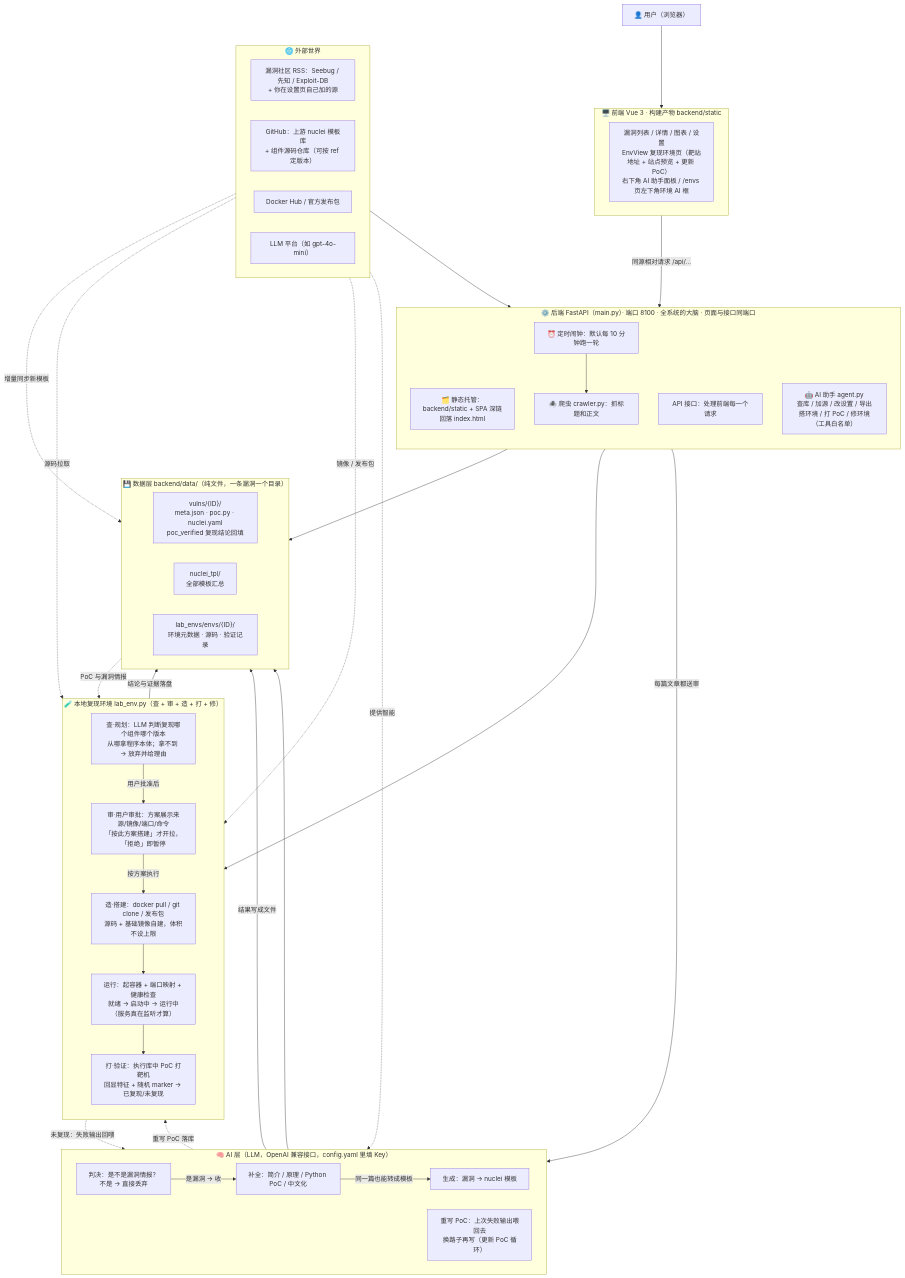
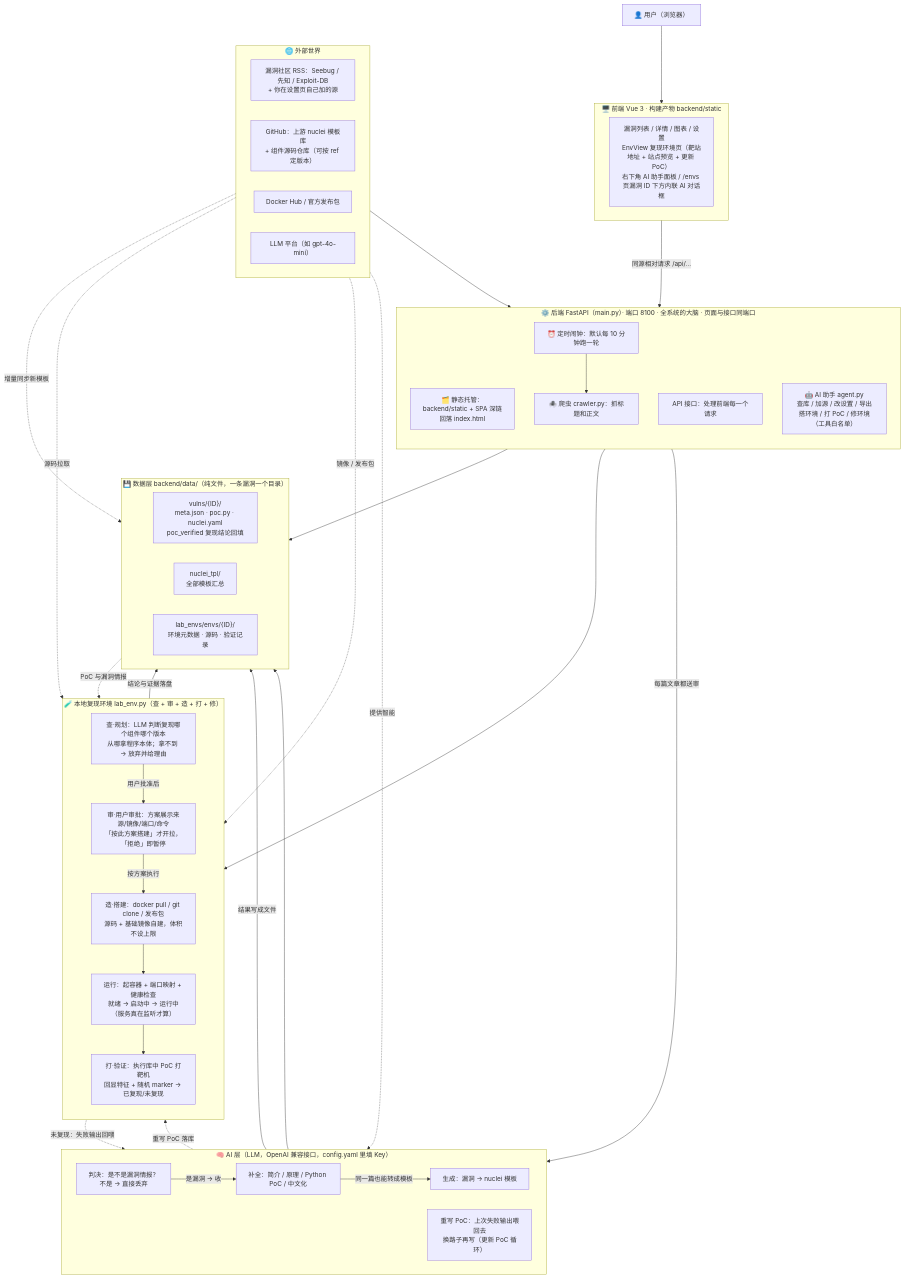
One commit to wr0x00/ai_bobao changed the diagram in README.md. Above: the diagram before and after it, drawn with Mermaid. The commit also changed other lines of this file and 10 other files, not shown here.

````diff
--- a/README.md
+++ b/README.md
@@ -176,75 +176,75 @@
 ```mermaid
 flowchart TB
     U["👤 用户（浏览器）"] --> FE
 
     subgraph FE["🖥️ 前端 Vue 3 · 构建产物 backend/static"]
-      UI["漏洞列表 / 详情 / 图表 / 设置<br>EnvView 复现环境页（靶站地址 + 站点预览 + 更新 PoC）<br>右下角 AI 助手面板 / /envs 页左下角环境 AI 框"]
+      UI["漏洞列表 / 详情 / 图表 / 设置<br>EnvView 复现环境页（靶站地址 + 站点预览 + 更新 PoC）<br>右下角 AI 助手面板 / /envs 页漏洞 ID 下方内联 AI 对话框"]
     end
 
     FE -- "同源相对请求 /api/..." --> BE
 
     subgraph BE["⚙️ 后端 FastAPI（main.py）· 端口 8100 · 全系统的大脑 · 页面与接口同端口"]
       direction TB
       SPA["🗂️ 静态托管：backend/static + SPA 深链回落 index.html"]
       API["API 接口：处理前端每一个请求"]
       AGENT["🤖 AI 助手 agent.py<br>查库 / 加源 / 改设置 / 导出<br>搭环境 / 打 PoC / 修环境（工具白名单）"]
       SCH["⏰ 定时闹钟：默认每 10 分钟跑一轮"]
       CRW["🕷️ 爬虫 crawler.py：抓标题和正文"]
     end
 
     BE --> DTA
     BE --> LAB
     SCH --> CRW
 
     subgraph AI["🧠 AI 层（LLM，OpenAI 兼容接口，config.yaml 里填 Key）"]
       direction LR
       CJ["判决：是不是漏洞情报？<br>不是 → 直接丢弃"]
       GEN["补全：简介 / 原理 / Python PoC / 中文化"]
       NT["生成：漏洞 → nuclei 模板"]
       REG["重写 PoC：上次失败输出喂回去<br>换路子再写（更新 PoC 循环）"]
     end
 
     subgraph EXT["🌐 外部世界"]
       direction LR
       SRC["漏洞社区 RSS：Seebug / 先知 / Exploit-DB<br>+ 你在设置页自己加的源"]
       GIT["GitHub：上游 nuclei 模板库<br>+ 组件源码仓库（可按 ref 定版本）"]
       REGI["Docker Hub / 官方发布包"]
       LLM["LLM 平台（如 gpt-4o-mini）"]
     end
 
     SRC --> CRW
     CRW -->|"每篇文章都送审"| CJ
     CJ -->|"是漏洞 → 收"| GEN
     GEN -->|"同一篇也能转成模板"| NT
     subgraph LAB["🧪 本地复现环境 lab_env.py（查 + 审 + 造 + 打 + 修）"]
       direction TB
       PLAN["查·规划：LLM 判断复现哪个组件哪个版本<br>从哪拿程序本体；拿不到 → 放弃并给理由"]
       APPROVE["审·用户审批：方案展示来源/镜像/端口/命令<br>「按此方案搭建」才开拉，「拒绝」即暂停"]
       BUILD["造·搭建：docker pull / git clone / 发布包<br>源码 + 基础镜像自建，体积不设上限"]
       RUN["运行：起容器 + 端口映射 + 健康检查<br>就绪 → 启动中 → 运行中（服务真在监听才算）"]
       VERIFY["打·验证：执行库中 PoC 打靶机<br>回显特征 + 随机 marker → 已复现/未复现"]
     end
 
     PLAN -->|"用户批准后"| APPROVE
     APPROVE -->|"按方案执行"| BUILD
     BUILD --> RUN
     RUN --> VERIFY
     VERIFY -.->|"未复现：失败输出回喂"| REG
     REG -.->|"重写 PoC 落库"| VERIFY
 
     subgraph DTA["💾 数据层 backend/data/（纯文件，一条漏洞一个目录）"]
       direction LR
       VULN["vulns/{ID}/<br>meta.json · poc.py · nuclei.yaml<br>poc_verified 复现结论回填"]
       TPL["nuclei_tpl/<br>全部模板汇总"]
       ENVS["lab_envs/envs/{ID}/<br>环境元数据 · 源码 · 验证记录"]
     end
 
     GEN -->|"结果写成文件"| VULN
     NT --> TPL
     GIT -.->|"增量同步新模板"| TPL
     GIT -.->|"源码拉取"| BUILD
     REGI -.->|"镜像 / 发布包"| BUILD
     VULN -.->|"PoC 与漏洞情报"| PLAN
     VERIFY -->|"结论与证据落盘"| ENVS
     LLM -.->|"提供智能"| AI
 ```
````
